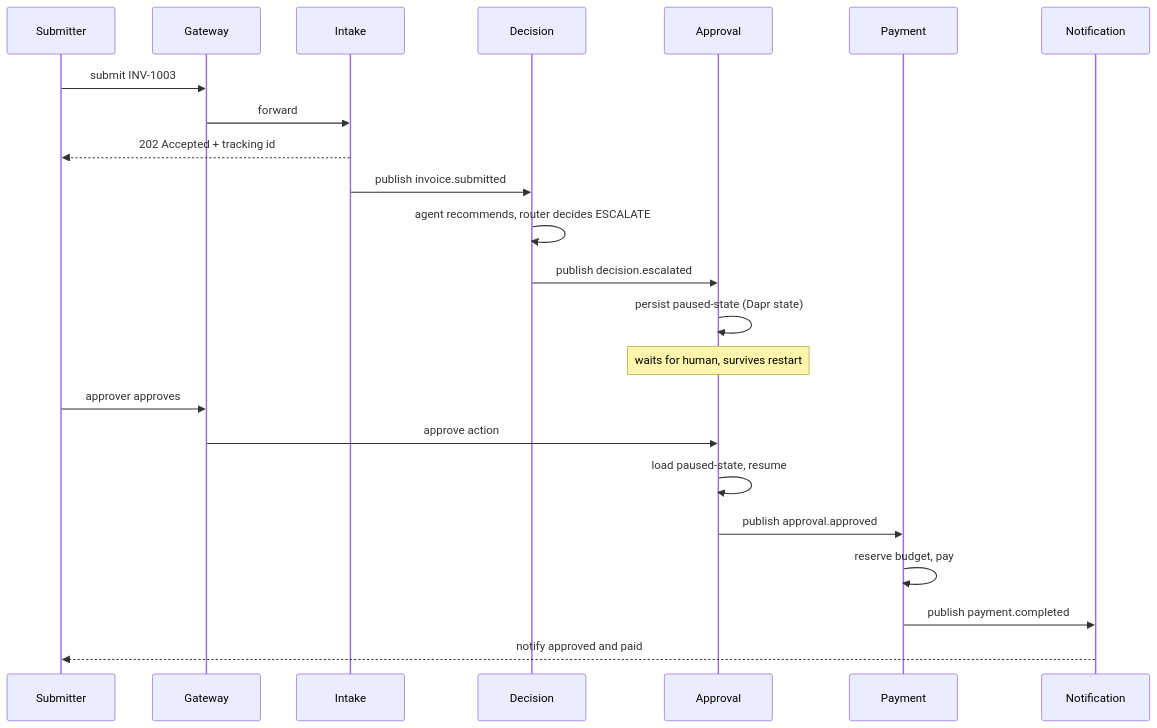
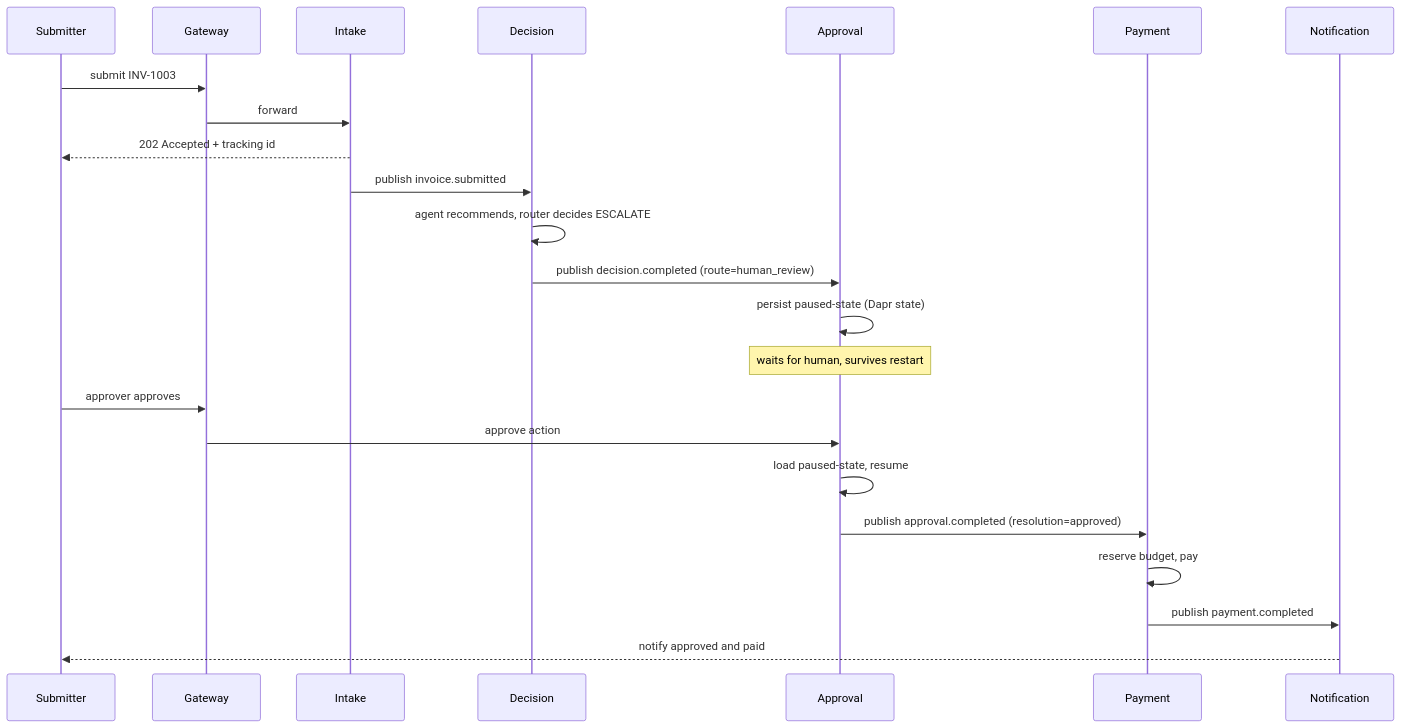
Before and after one commit to miryamizadka/invoice-approval-workflow: the second of 3 diagrams in ARCHITECTURE.md, drawn with Mermaid. The commit also changed other lines of this file and 27 other files, not shown here.

First line of the commit message:
Add Approval Service (F4, F5, M11) with decision.completed enrichment (#10)

````diff
--- a/ARCHITECTURE.md
+++ b/ARCHITECTURE.md
@@ -168,25 +170,25 @@
 ```mermaid
     sequenceDiagram
     participant U as Submitter
     participant G as Gateway
     participant I as Intake
     participant D as Decision
     participant A as Approval
     participant P as Payment
     participant N as Notification
     U->>G: submit INV-1003
     G->>I: forward
     I-->>U: 202 Accepted + tracking id
     I->>D: publish invoice.submitted
     D->>D: agent recommends, router decides ESCALATE
-    D->>A: publish decision.escalated
+    D->>A: publish decision.completed (route=human_review)
     A->>A: persist paused-state (Dapr state)
     Note over A: waits for human, survives restart
     U->>G: approver approves
     G->>A: approve action
     A->>A: load paused-state, resume
-    A->>P: publish approval.approved
+    A->>P: publish approval.completed (resolution=approved)
     P->>P: reserve budget, pay
     P->>N: publish payment.completed
     N-->>U: notify approved and paid
 ```
````
